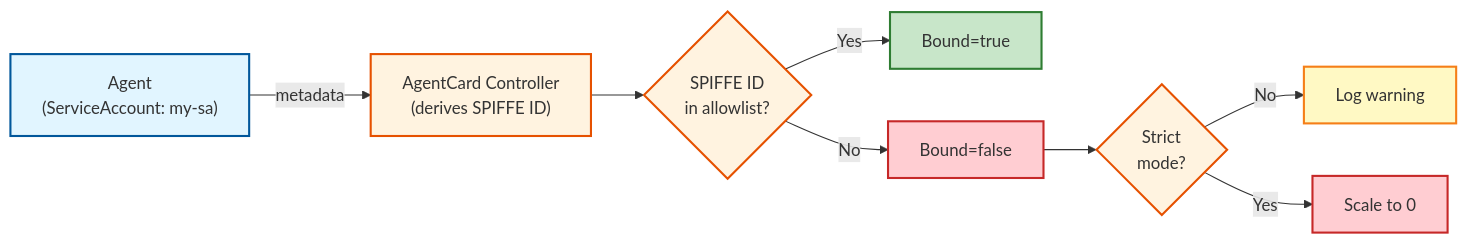
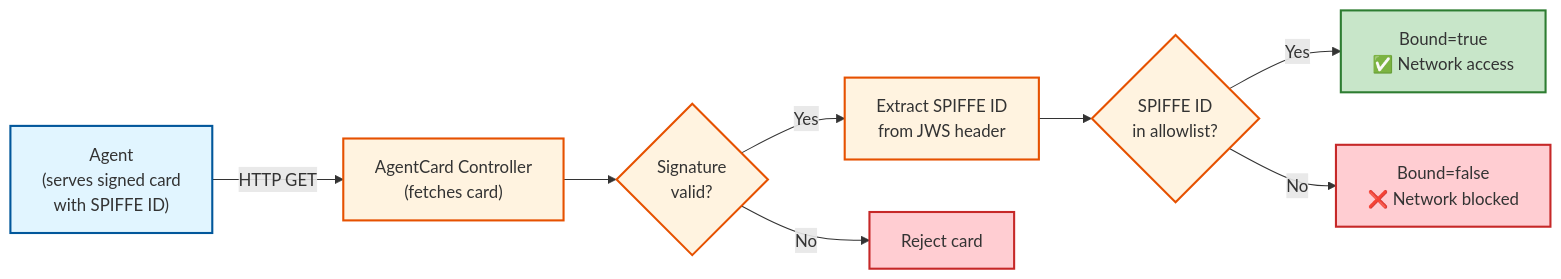
Before and after one commit to kevincogan/kagenti-operator: the diagram in kagenti-operator/docs/identity-binding-quickstart.md, drawn with Mermaid. The commit also changed other lines of this file and 32 other files, not shown here.

First line of the commit message:
feat: A2A agent card signature verification

````diff
--- a/kagenti-operator/docs/identity-binding-quickstart.md
+++ b/kagenti-operator/docs/identity-binding-quickstart.md
@@ -73,31 +78,29 @@
 ```mermaid
 flowchart LR
-    A["Agent\n(ServiceAccount: my-sa)"]
-    B["AgentCard Controller\n(derives SPIFFE ID)"]
-    C{"SPIFFE ID\nin allowlist?"}
-    D["Bound=true"]
-    E["Bound=false"]
-    F{"Strict\nmode?"}
-    G["Log warning"]
-    H["Scale to 0"]
+    A["Agent\n(serves signed card\nwith SPIFFE ID)"]
+    B["AgentCard Controller\n(fetches card)"]
+    C{"Signature\nvalid?"}
+    D["Extract SPIFFE ID\nfrom JWS header"]
+    E{"SPIFFE ID\nin allowlist?"}
+    F["Bound=true\n✅ Network access"]
+    G["Bound=false\n❌ Network blocked"]
+    H["Reject card"]
 
-    A -->|metadata| B
+    A -->|"HTTP GET"| B
     B --> C
-    C -->|Yes| D
-    C -->|No| E
-    E --> F
-    F -->|No| G
-    F -->|Yes| H
+    C -->|"Yes"| D
+    C -->|"No"| H
+    D --> E
+    E -->|"Yes"| F
+    E -->|"No"| G
 
     classDef agentClass fill:#e1f5ff,stroke:#01579b,stroke-width:2px
     classDef operatorClass fill:#fff3e0,stroke:#e65100,stroke-width:2px
     classDef successClass fill:#c8e6c9,stroke:#2e7d32,stroke-width:2px
-    classDef warnClass fill:#fff9c4,stroke:#f57f17,stroke-width:2px
     classDef failClass fill:#ffcdd2,stroke:#c62828,stroke-width:2px
 
     class A agentClass
-    class B,C,F operatorClass
-    class D successClass
-    class G warnClass
-    class E,H failClass
+    class B,C,D,E operatorClass
+    class F successClass
+    class G,H failClass
 ```
````
